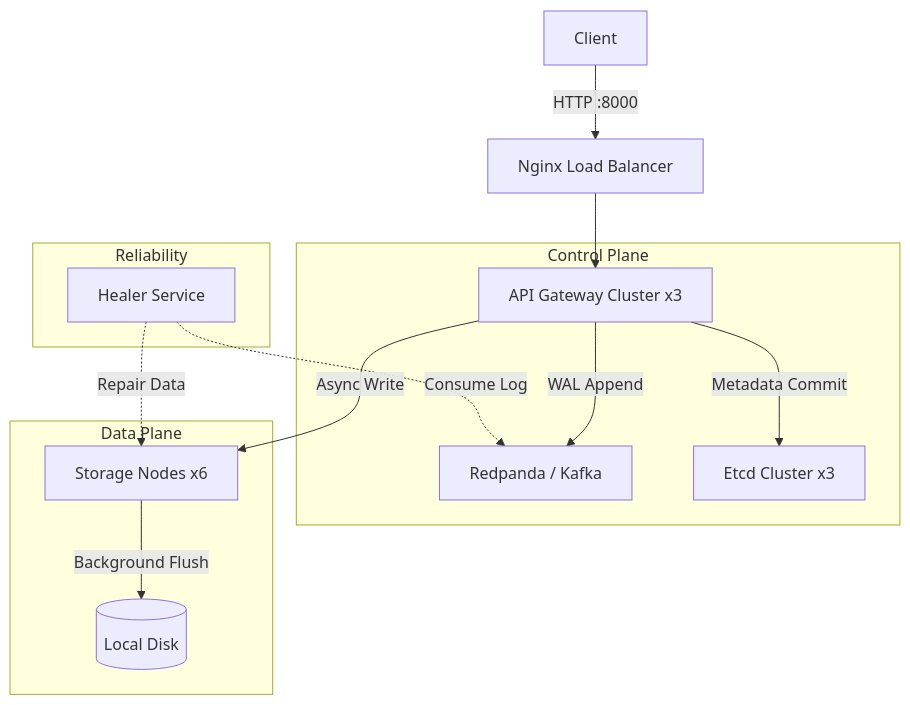
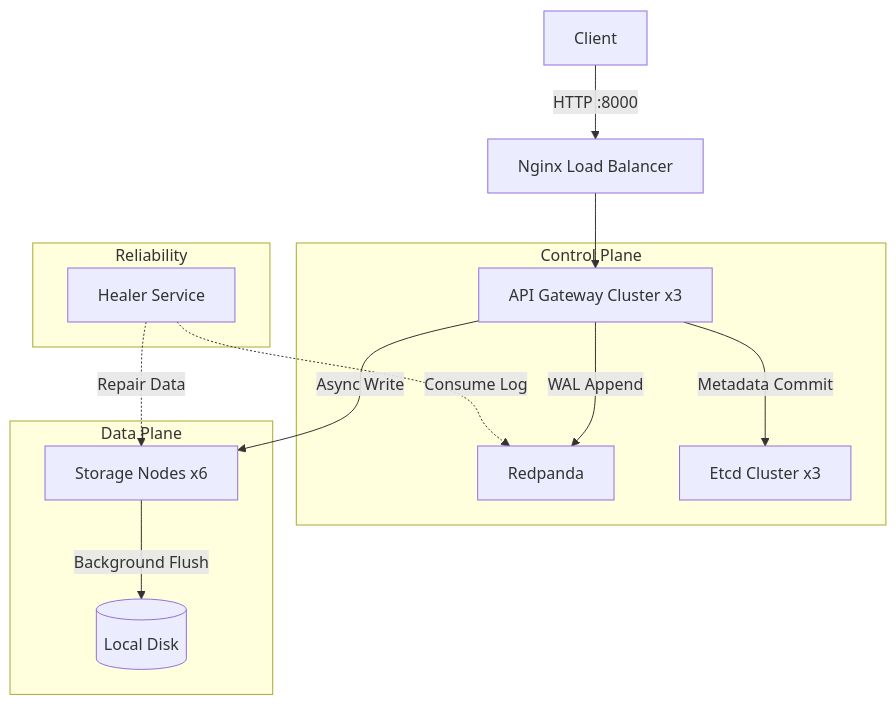
One commit to F64116045/Replication_ErasureCoding_Object_Store changed the diagram in Readme.md. Above: the diagram before and after it, drawn with Mermaid. The commit also changed other lines of this file, not shown here.

````diff
--- a/Readme.md
+++ b/Readme.md
@@ -31,20 +36,20 @@
 ```mermaid
 graph TD
     User[Client] -->|HTTP :8000| LB[Nginx Load Balancer]
     LB --> API[API Gateway Cluster x3]
 
     subgraph Control Plane
-        API -->|WAL Append | RP[Redpanda / Kafka]
+        API -->|WAL Append | RP[Redpanda]
         API -->|Metadata Commit | Etcd[Etcd Cluster x3]
     end
 
     subgraph Data Plane
         API -->|Async Write| SN[Storage Nodes x6]
         SN -->|Background Flush| Disk[(Local Disk)]
     end
 
     subgraph Reliability
         Healer[Healer Service] -.->|Consume Log| RP
         Healer -.->|Repair Data| SN
     end
 ```
````
